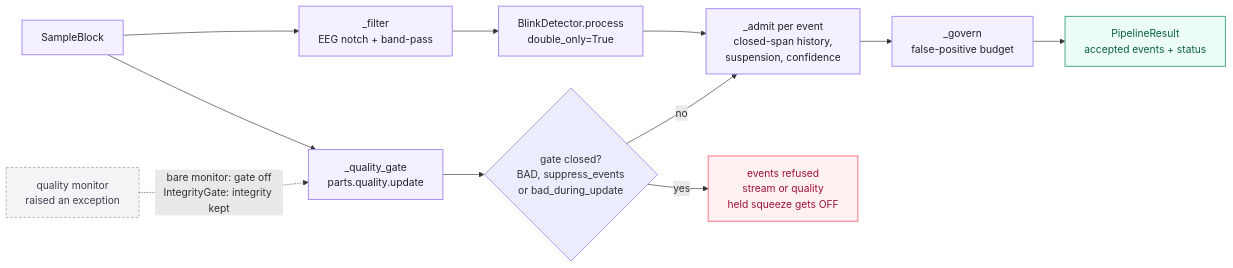
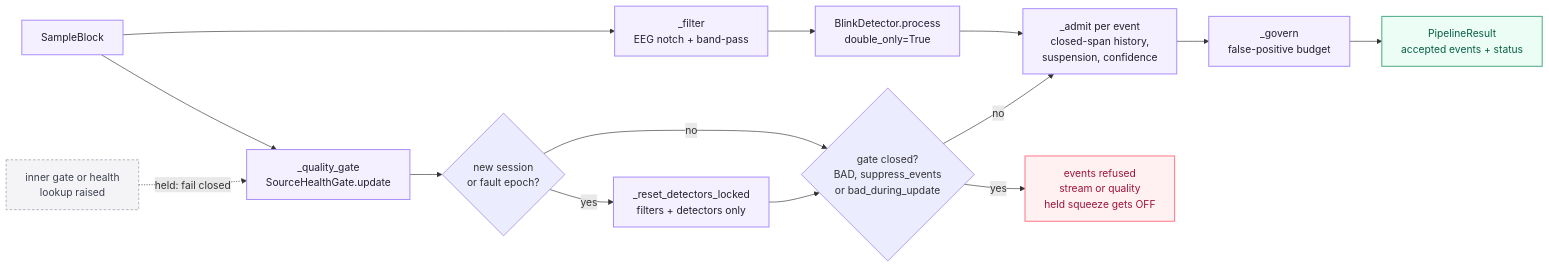
One commit to MSKazemi/yazses changed the second of 6 diagrams in design/biosignal/thinkgear-flowcharts.md. Above: the diagram before and after it, drawn with Mermaid. The commit also changed other lines of this file and 2 other files, not shown here.

First line of the commit message:
docs(biosignal): redraw the ThinkGear flowcharts against the #828-#830 code

````diff
--- a/design/biosignal/thinkgear-flowcharts.md
+++ b/design/biosignal/thinkgear-flowcharts.md
@@ -108,18 +112,21 @@
 ```mermaid
 flowchart LR
     classDef normal  fill:#f5f0ff,stroke:#a78bfa,stroke-width:1.5px,color:#20212b
     classDef success fill:#ecfdf5,stroke:#43a780,stroke-width:1.5px,color:#065f46
     classDef failure fill:#fff1f2,stroke:#fb7185,stroke-width:1.5px,color:#9f1239
     classDef muted   fill:#f4f4f6,stroke:#8c91a0,stroke-width:1px,stroke-dasharray:4 3,color:#3d4150
 
-    B[SampleBlock]:::normal --> QG[_quality_gate<br/>parts.quality.update]:::normal
+    B[SampleBlock]:::normal --> QG[_quality_gate<br/>SourceHealthGate.update]:::normal
     B --> FL[_filter<br/>EEG notch + band-pass]:::normal
-    QG --> C{gate closed?<br/>BAD, suppress_events<br/>or bad_during_update}
+    QG --> RS{new session<br/>or fault epoch?}
+    RS -->|yes| RD[_reset_detectors_locked<br/>filters + detectors only]:::normal
+    RS -->|no| C{gate closed?<br/>BAD, suppress_events<br/>or bad_during_update}
+    RD --> C
     FL --> BD[BlinkDetector.process<br/>double_only=True]:::normal
     BD --> AD[_admit per event<br/>closed-span history,<br/>suspension, confidence]:::normal
     C -->|yes| DROP[events refused<br/>stream or quality<br/>held squeeze gets OFF]:::failure
     C -->|no| AD
     AD --> GOV[_govern<br/>false-positive budget]:::normal
     GOV --> OUT[PipelineResult<br/>accepted events + status]:::success
-    QX[quality monitor<br/>raised an exception]:::muted -.->|bare monitor: gate off<br/>IntegrityGate: integrity kept| QG
+    QX[inner gate or health<br/>lookup raised]:::muted -.->|held: fail closed| QG
 ```
````
